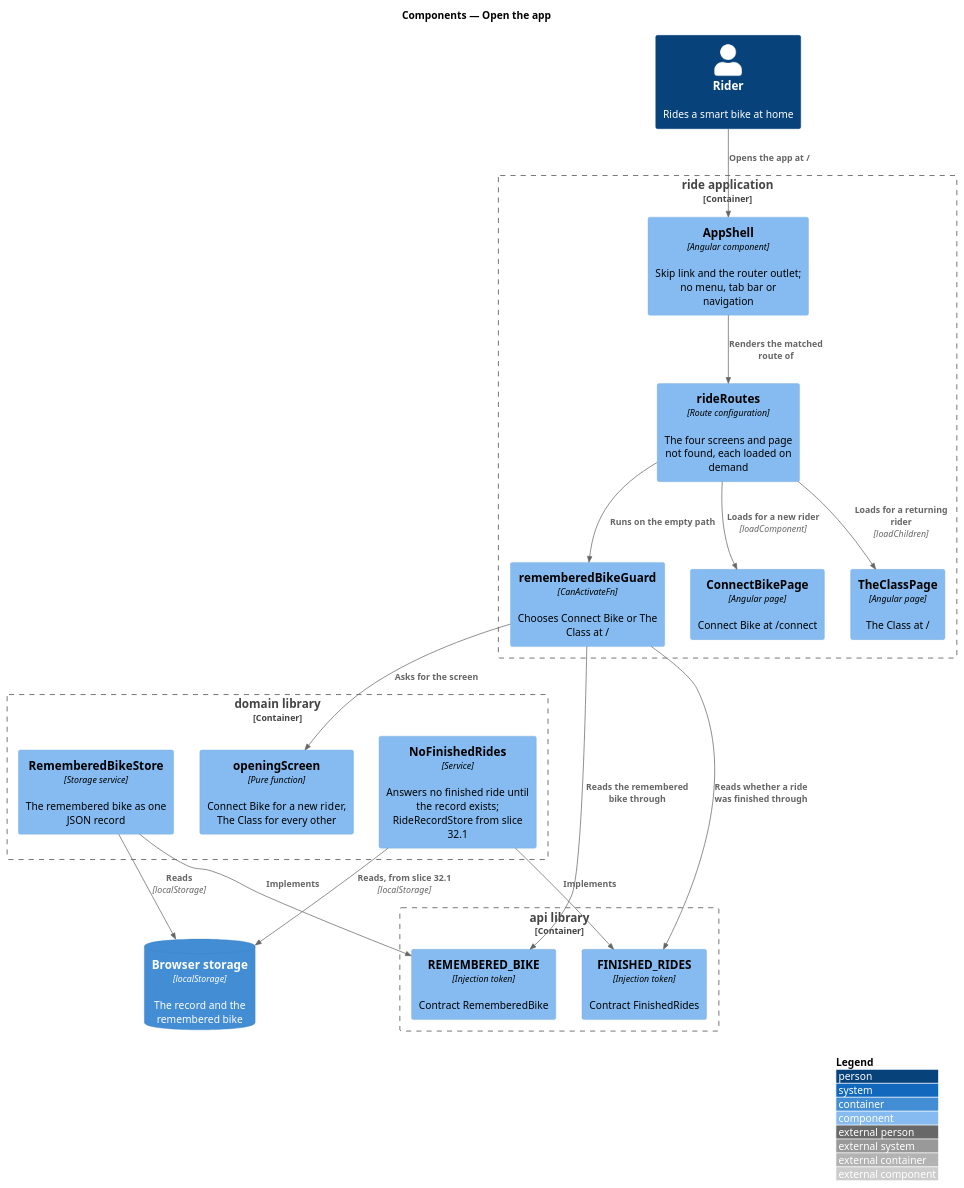
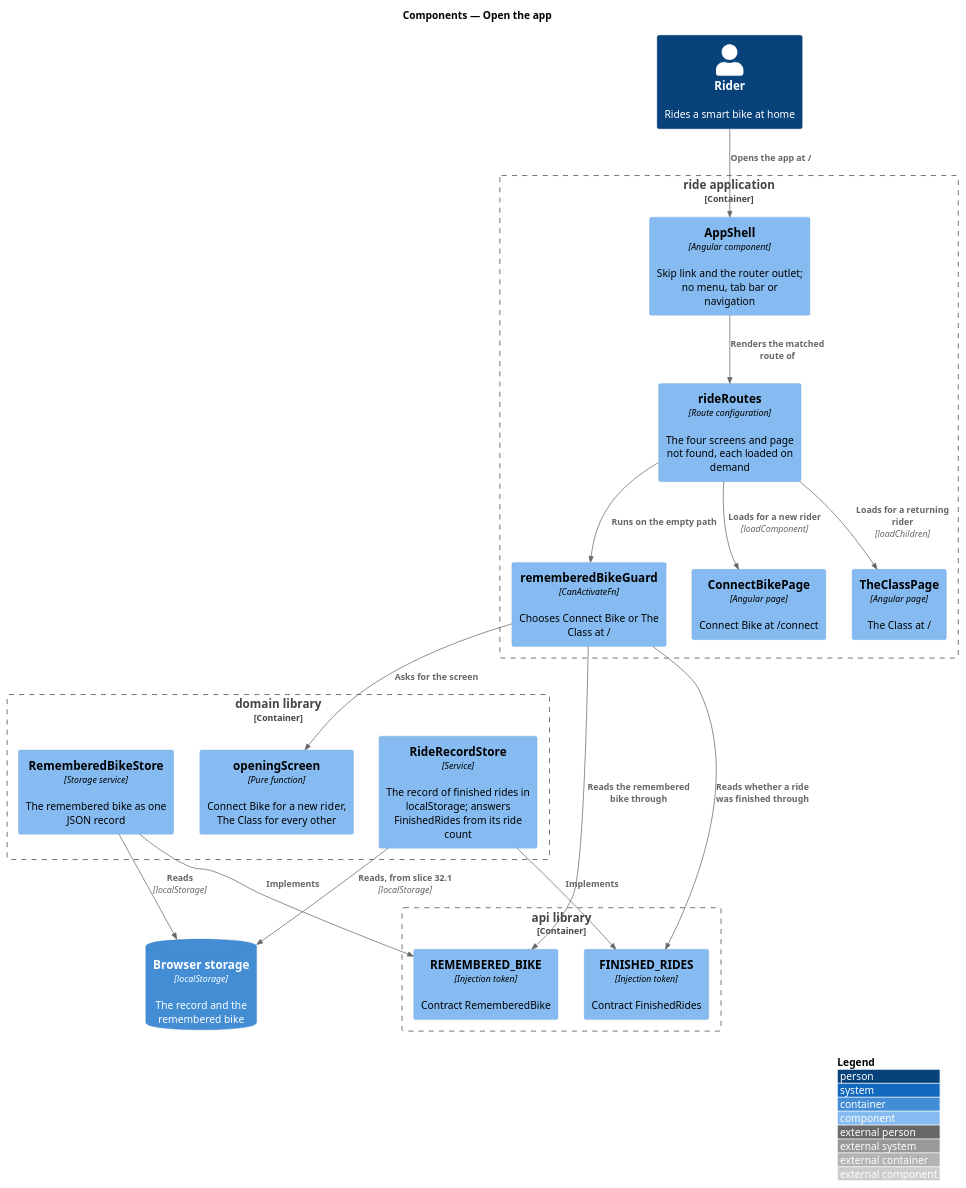
One commit to QuinntyneBrown/ride-one changed the diagram in docs/detailed-designs/the-class/open-the-app/diagrams/c4-component.puml. Above: the diagram before and after it, drawn with PlantUML. The commit also changed 18 other files, not shown here.

First line of the commit message:
Slice 32.1: Keep the record

```diff
--- a/docs/detailed-designs/the-class/open-the-app/diagrams/c4-component.puml
+++ b/docs/detailed-designs/the-class/open-the-app/diagrams/c4-component.puml
@@ -1,38 +1,38 @@
 @startuml
 !include <C4/C4_Component>
 LAYOUT_WITH_LEGEND()
 title Components — Open the app
 
 Person(rider, "Rider", "Rides a smart bike at home")
 ContainerDb(storage, "Browser storage", "localStorage", "The record and the remembered bike")
 
 Container_Boundary(ride, "ride application") {
   Component(shell, "AppShell", "Angular component", "Skip link and the router outlet; no menu, tab bar or navigation")
   Component(routes, "rideRoutes", "Route configuration", "The four screens and page not found, each loaded on demand")
   Component(guard, "rememberedBikeGuard", "CanActivateFn", "Chooses Connect Bike or The Class at /")
   Component(connect, "ConnectBikePage", "Angular page", "Connect Bike at /connect")
   Component(theclass, "TheClassPage", "Angular page", "The Class at /")
 }
 Container_Boundary(domain, "domain library") {
   Component(bikeStore, "RememberedBikeStore", "Storage service", "The remembered bike as one JSON record")
   Component(rule, "openingScreen", "Pure function", "Connect Bike for a new rider, The Class for every other")
-  Component(recordStore, "NoFinishedRides", "Service", "Answers no finished ride until the record exists; RideRecordStore from slice 32.1")
+  Component(recordStore, "RideRecordStore", "Service", "The record of finished rides in localStorage; answers FinishedRides from its ride count")
 }
 Container_Boundary(api, "api library") {
   Component(bikeToken, "REMEMBERED_BIKE", "Injection token", "Contract RememberedBike")
   Component(recordToken, "FINISHED_RIDES", "Injection token", "Contract FinishedRides")
 }
 
 Rel(rider, shell, "Opens the app at /")
 Rel(shell, routes, "Renders the matched route of")
 Rel(routes, guard, "Runs on the empty path")
 Rel(guard, bikeToken, "Reads the remembered bike through")
 Rel(guard, recordToken, "Reads whether a ride was finished through")
 Rel(guard, rule, "Asks for the screen")
 Rel(bikeStore, bikeToken, "Implements")
 Rel(recordStore, recordToken, "Implements")
 Rel(bikeStore, storage, "Reads", "localStorage")
 Rel(recordStore, storage, "Reads, from slice 32.1", "localStorage")
 Rel(routes, connect, "Loads for a new rider", "loadComponent")
 Rel(routes, theclass, "Loads for a returning rider", "loadChildren")
 @enduml
```
